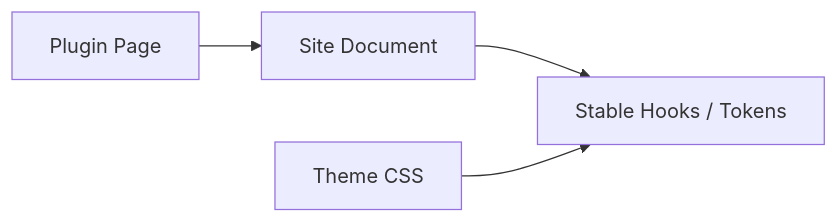
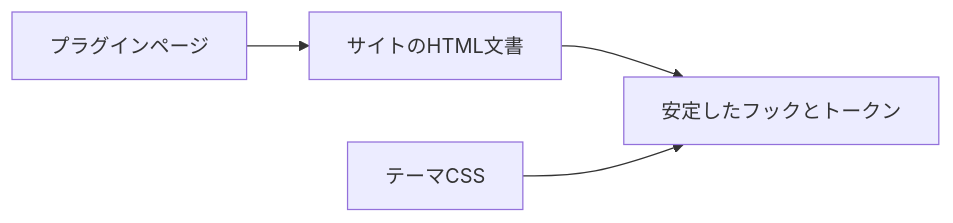
Before and after one commit to Rerurate514/riebeckite: diagram 13 of 14 in docs/docs/framework/page-system.ja.md, drawn with Mermaid. The commit also changed other lines of this file and 310 other files, not shown here.

````diff
--- a/docs/docs/framework/page-system.ja.md
+++ b/docs/docs/framework/page-system.ja.md
@@ -488,11 +432,11 @@
 ```mermaid id="r00e0g"
 flowchart LR
-    Page["Plugin Page"]
-    Site["Site Document"]
-    Hooks["Stable Hooks / Tokens"]
-    Theme["Theme CSS"]
+    Page["プラグインページ"]
+    Site["サイトのHTML文書"]
+    Hooks["安定したフックとトークン"]
+    Theme["テーマCSS"]
 
     Page --> Site
     Site --> Hooks
     Theme --> Hooks
 ```
````
